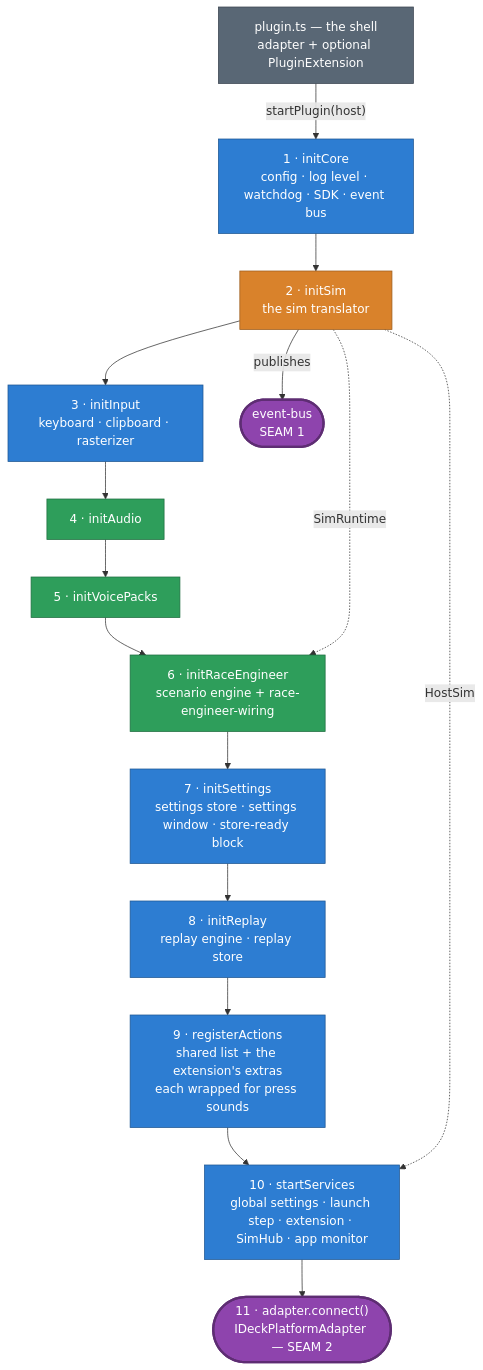
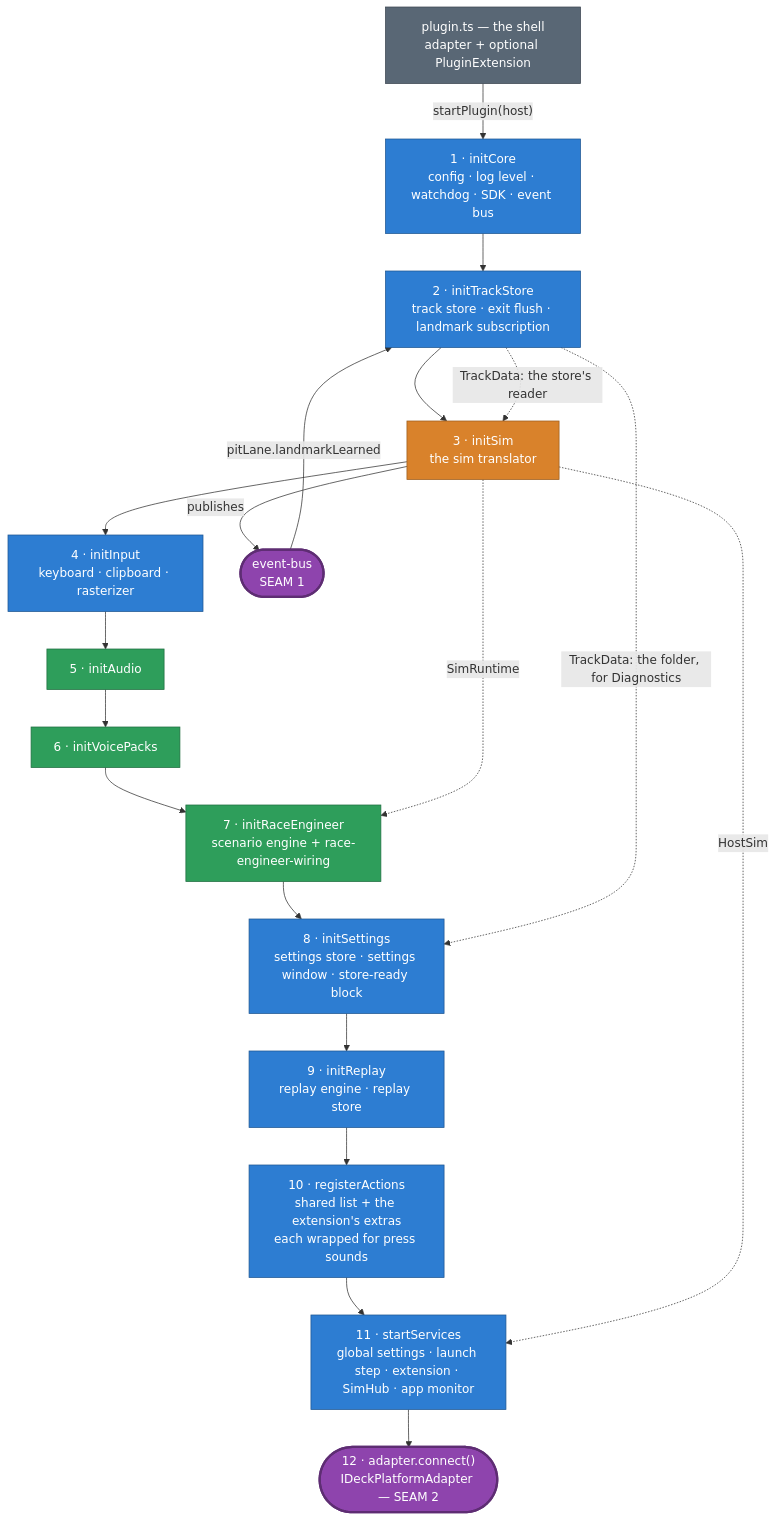
Before and after one commit to niklam/iracedeck: the eighth of 9 diagrams in packages/website/src/content/docs/docs/development/architecture.md, drawn with Mermaid. The commit also changed other lines of this file and 89 other files, not shown here.

First line of the commit message:
feat(track-data): learn pit-lane landmarks per track (#1112) (#1687)

````diff
--- a/packages/website/src/content/docs/docs/development/architecture.md
+++ b/packages/website/src/content/docs/docs/development/architecture.md
@@ -293,28 +323,32 @@
 ```mermaid
 flowchart TB
   shell["plugin.ts — the shell<br/>adapter + optional PluginExtension"]:::plugin
   p1["1 · initCore<br/>config · log level · watchdog · SDK · event bus"]:::core
-  p2["2 · initSim<br/>the sim translator"]:::sim
-  p3["3 · initInput<br/>keyboard · clipboard · rasterizer"]:::core
-  p4["4 · initAudio"]:::audio
-  p5["5 · initVoicePacks"]:::audio
-  p6["6 · initRaceEngineer<br/>scenario engine + race-engineer-wiring"]:::audio
-  p7["7 · initSettings<br/>settings store · settings window · store-ready block"]:::core
-  p8["8 · initReplay<br/>replay engine · replay store"]:::core
-  p9["9 · registerActions<br/>shared list + the extension's extras<br/>each wrapped for press sounds"]:::core
-  p10["10 · startServices<br/>global settings · launch step · extension · SimHub · app monitor"]:::core
-  p11(["11 · adapter.connect()<br/>IDeckPlatformAdapter — SEAM 2"]):::seam
+  p2["2 · initTrackStore<br/>track store · exit flush · landmark subscription"]:::core
+  p3["3 · initSim<br/>the sim translator"]:::sim
+  p4["4 · initInput<br/>keyboard · clipboard · rasterizer"]:::core
+  p5["5 · initAudio"]:::audio
+  p6["6 · initVoicePacks"]:::audio
+  p7["7 · initRaceEngineer<br/>scenario engine + race-engineer-wiring"]:::audio
+  p8["8 · initSettings<br/>settings store · settings window · store-ready block"]:::core
+  p9["9 · initReplay<br/>replay engine · replay store"]:::core
+  p10["10 · registerActions<br/>shared list + the extension's extras<br/>each wrapped for press sounds"]:::core
+  p11["11 · startServices<br/>global settings · launch step · extension · SimHub · app monitor"]:::core
+  p12(["12 · adapter.connect()<br/>IDeckPlatformAdapter — SEAM 2"]):::seam
   bus(["event-bus<br/>SEAM 1"]):::seam
 
   shell -->|"startPlugin(host)"| p1
-  p1 --> p2 --> p3 --> p4 --> p5 --> p6 --> p7 --> p8 --> p9 --> p10 --> p11
-  p2 -->|"publishes"| bus
-  p2 -.->|"SimRuntime"| p6
-  p2 -.->|"HostSim"| p10
+  p1 --> p2 --> p3 --> p4 --> p5 --> p6 --> p7 --> p8 --> p9 --> p10 --> p11 --> p12
+  p3 -->|"publishes"| bus
+  bus -->|"pitLane.landmarkLearned"| p2
+  p2 -.->|"TrackData: the store's reader"| p3
+  p2 -.->|"TrackData: the folder, for Diagnostics"| p8
+  p3 -.->|"SimRuntime"| p7
+  p3 -.->|"HostSim"| p11
 
   classDef sim fill:#d9822b,color:#fff,stroke:#9c5e1f;
   classDef seam fill:#8e44ad,color:#fff,stroke:#5e2d73,stroke-width:3px;
   classDef core fill:#2d7dd2,color:#fff,stroke:#1f5793;
   classDef audio fill:#2e9e5b,color:#fff,stroke:#1f6e40;
   classDef plugin fill:#596775,color:#fff,stroke:#3c4651;
 ```
````
